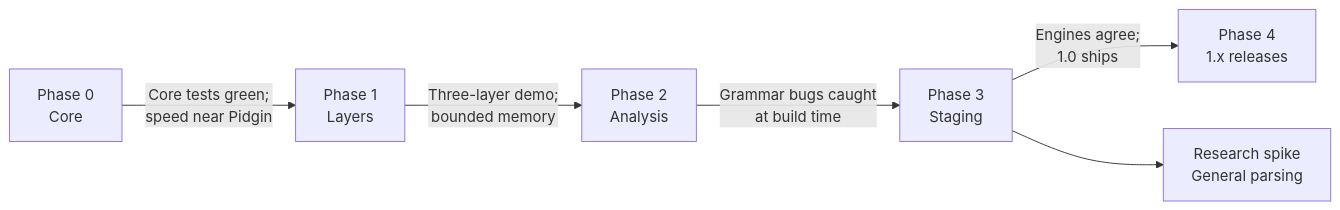
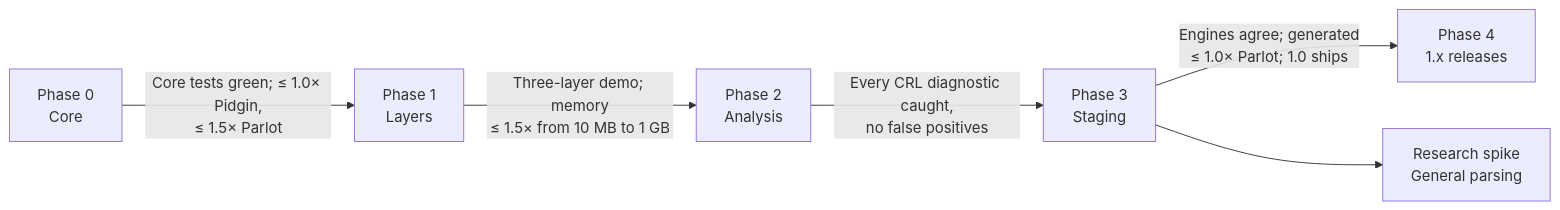
One commit to IanWold/Creole changed the diagram in work/README.md. Above: the diagram before and after it, drawn with Mermaid. The commit also changed other lines of this file and 19 other files, not shown here.

````diff
--- a/work/README.md
+++ b/work/README.md
@@ -13,8 +13,8 @@
 ```mermaid
 flowchart LR
-  P0["Phase 0<br/>Core"] -->|"Core tests green;<br/>speed near Pidgin"| P1["Phase 1<br/>Layers"]
-  P1 -->|"Three-layer demo;<br/>bounded memory"| P2["Phase 2<br/>Analysis"]
-  P2 -->|"Grammar bugs caught<br/>at build time"| P3["Phase 3<br/>Staging"]
-  P3 -->|"Engines agree;<br/>1.0 ships"| P4["Phase 4<br/>1.x releases"]
+  P0["Phase 0<br/>Core"] -->|"Core tests green; ≤ 1.0× Pidgin,<br/>≤ 1.5× Parlot"| P1["Phase 1<br/>Layers"]
+  P1 -->|"Three-layer demo; memory<br/>≤ 1.5× from 10 MB to 1 GB"| P2["Phase 2<br/>Analysis"]
+  P2 -->|"Every CRL diagnostic caught,<br/>no false positives"| P3["Phase 3<br/>Staging"]
+  P3 -->|"Engines agree; generated<br/>≤ 1.0× Parlot; 1.0 ships"| P4["Phase 4<br/>1.x releases"]
   P3 --> S["Research spike<br/>General parsing"]
 ```
````
